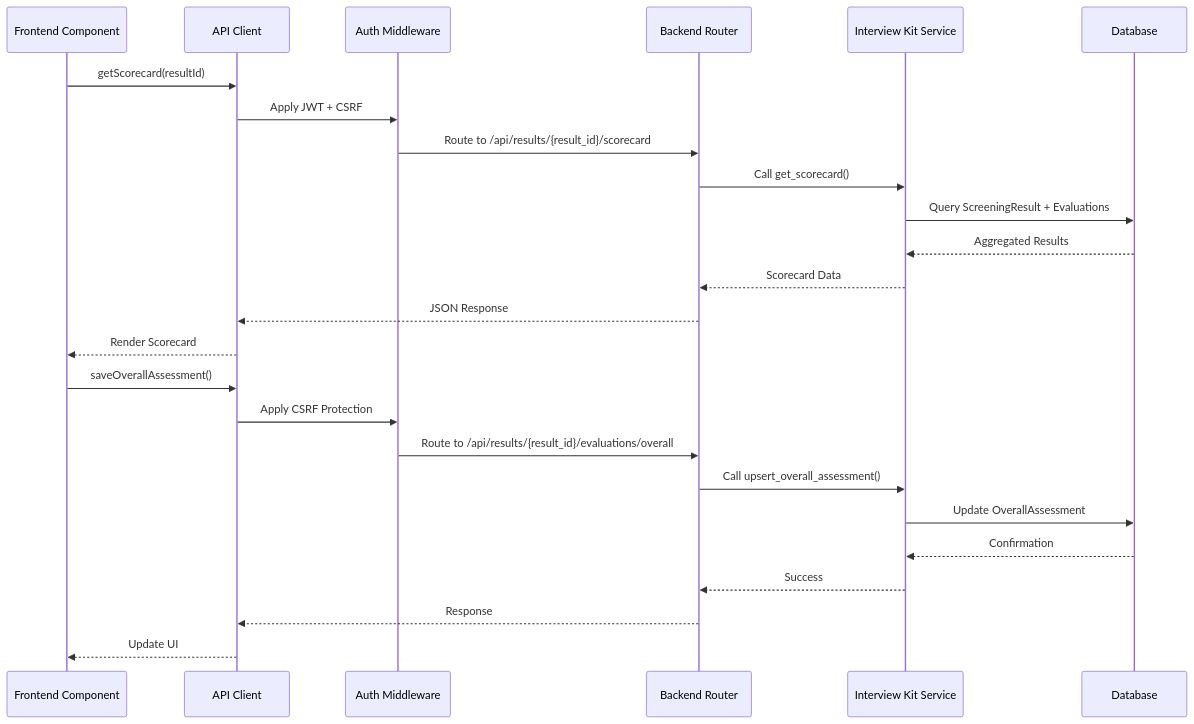
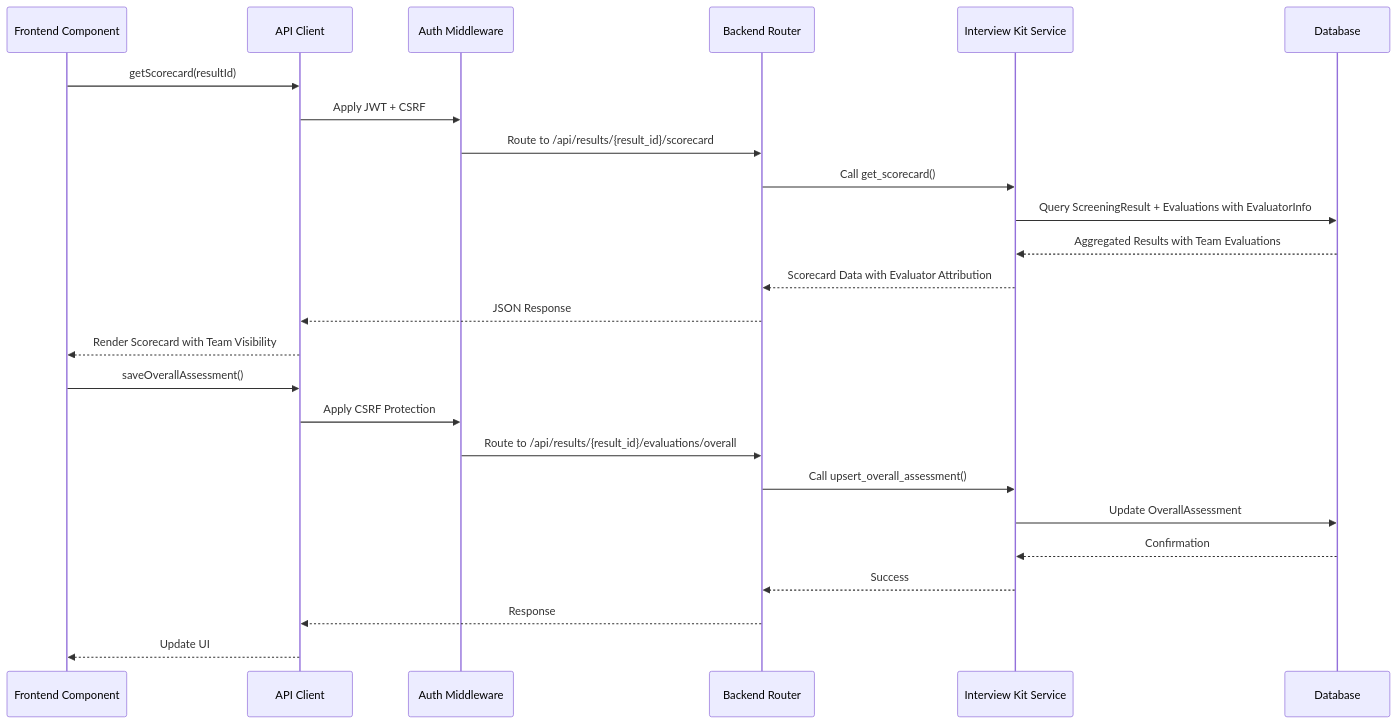
The sixth of 8 diagrams in .qoder/repowiki/en/content/Frontend Architecture/Component Library/Interview Scorecard Component.md (Revanththetalogics/aireume), drawn with Mermaid before and after one commit. The commit also changed other lines of this file and 6 other files, not shown here.

````diff
--- a/.qoder/repowiki/en/content/Frontend Architecture/Component Library/Interview Scorecard Component.md
+++ b/.qoder/repowiki/en/content/Frontend Architecture/Component Library/Interview Scorecard Component.md
@@ -316,27 +332,27 @@
 ```mermaid
 sequenceDiagram
 participant FC as Frontend Component
 participant API as API Client
 participant AUTH as Auth Middleware
 participant ROUTER as Backend Router
 participant SVC as Interview Kit Service
 participant DB as Database
 FC->>API : getScorecard(resultId)
 API->>AUTH : Apply JWT + CSRF
 AUTH->>ROUTER : Route to /api/results/{result_id}/scorecard
 ROUTER->>SVC : Call get_scorecard()
-SVC->>DB : Query ScreeningResult + Evaluations
-DB-->>SVC : Aggregated Results
-SVC-->>ROUTER : Scorecard Data
+SVC->>DB : Query ScreeningResult + Evaluations with EvaluatorInfo
+DB-->>SVC : Aggregated Results with Team Evaluations
+SVC-->>ROUTER : Scorecard Data with Evaluator Attribution
 ROUTER-->>API : JSON Response
-API-->>FC : Render Scorecard
+API-->>FC : Render Scorecard with Team Visibility
 FC->>API : saveOverallAssessment()
 API->>AUTH : Apply CSRF Protection
 AUTH->>ROUTER : Route to /api/results/{result_id}/evaluations/overall
 ROUTER->>SVC : Call upsert_overall_assessment()
 SVC->>DB : Update OverallAssessment
 DB-->>SVC : Confirmation
 SVC-->>ROUTER : Success
 ROUTER-->>API : Response
 API-->>FC : Update UI
 ```
````
